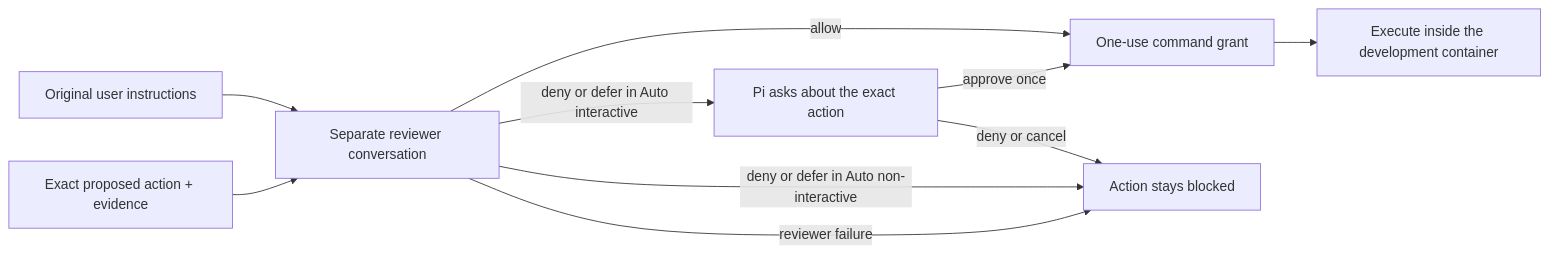
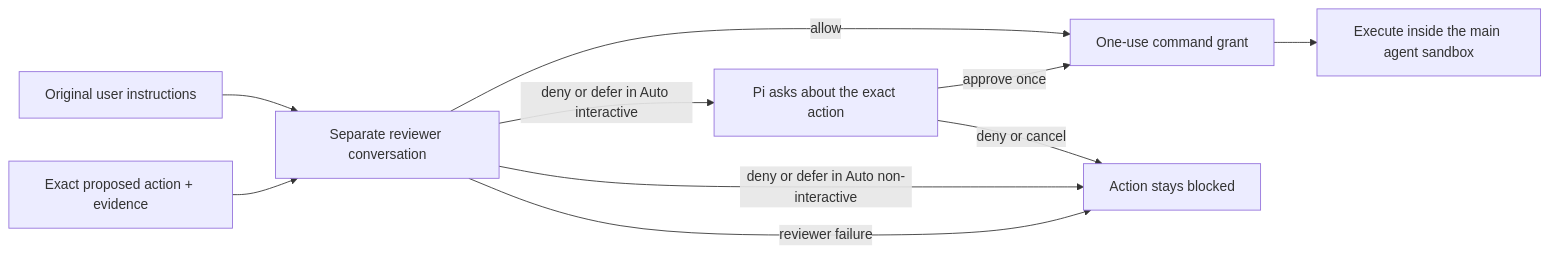
The diagram in docs/approvals.md (kyuz0/ai-sandbox-factory), drawn with Mermaid before and after one commit. The commit also changed other lines of this file and 38 other files, not shown here.

Commit message:
Name the main agent sandbox consistently

````diff
--- a/docs/approvals.md
+++ b/docs/approvals.md
@@ -45,12 +45,12 @@
 ```mermaid
 flowchart LR
     USER[Original user instructions] --> REVIEW[Separate reviewer conversation]
     ACTION[Exact proposed action + evidence] --> REVIEW
     REVIEW -->|allow| GRANT[One-use command grant]
     REVIEW -->|deny or defer in Auto interactive| ASK[Pi asks about the exact action]
     ASK -->|approve once| GRANT
     ASK -->|deny or cancel| STOP[Action stays blocked]
     REVIEW -->|deny or defer in Auto non-interactive| STOP
     REVIEW -->|reviewer failure| STOP
-    GRANT --> RUN[Execute inside the development container]
+    GRANT --> RUN[Execute inside the main agent sandbox]
 ```
````
